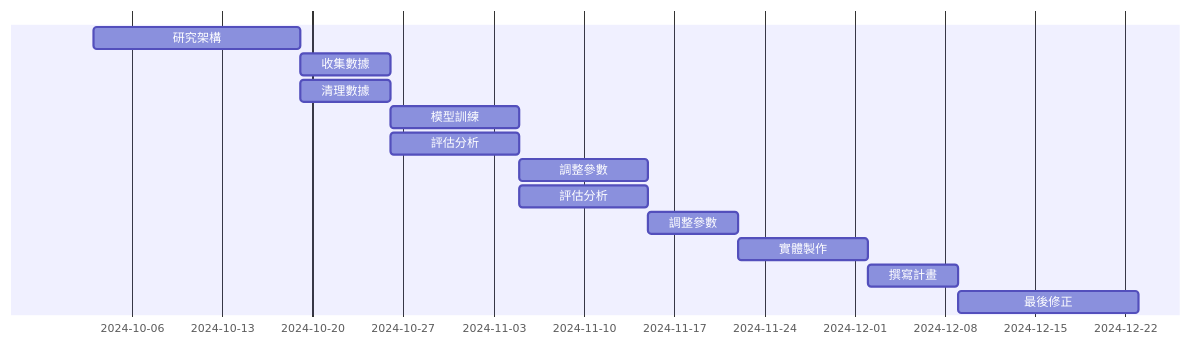
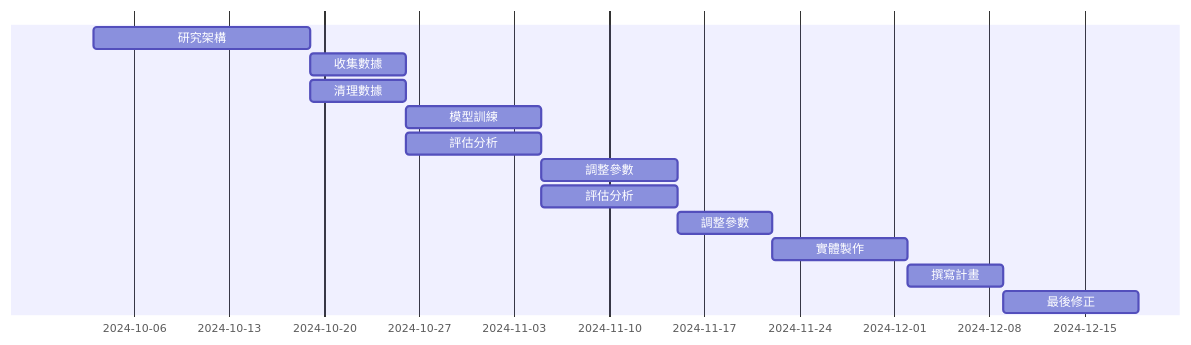
Before and after one commit to FashionSu/AI_traash: the diagram in hw2.md, drawn with Mermaid. The commit also changed other lines of this file, not shown here.

````diff
--- a/hw2.md
+++ b/hw2.md
@@ -5,17 +5,17 @@
 ```mermaid
 gantt
     dateFormat  YYYY-MM-DD
     axisFormat  %Y-%m-%d
 
     研究架構           :a1, 2024-10-03, 16d
     收集數據           :a2, after a1, 7d
     清理數據           :a3, after a1, 7d
     模型訓練           :a4, after a2, 10d
     評估分析           :a5, after a2, 10d
     調整參數           :a6, after a5, 10d
     評估分析           :a7, after a5, 10d
     調整參數           :a8, after a7, 7d
     實體製作           :a9, after a8, 10d
     撰寫計畫           :a10, after a9, 7d
-    最後修正           :a11, after a10, 14d
+    最後修正           :a11, after a10, 10d
 ```
````
